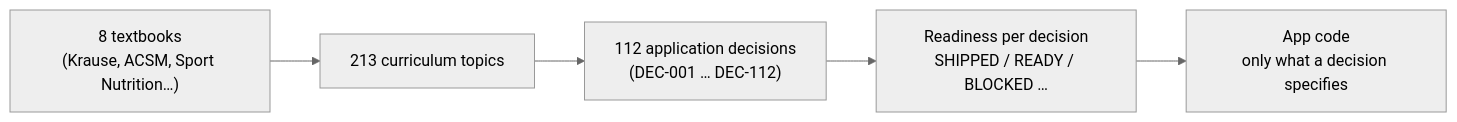
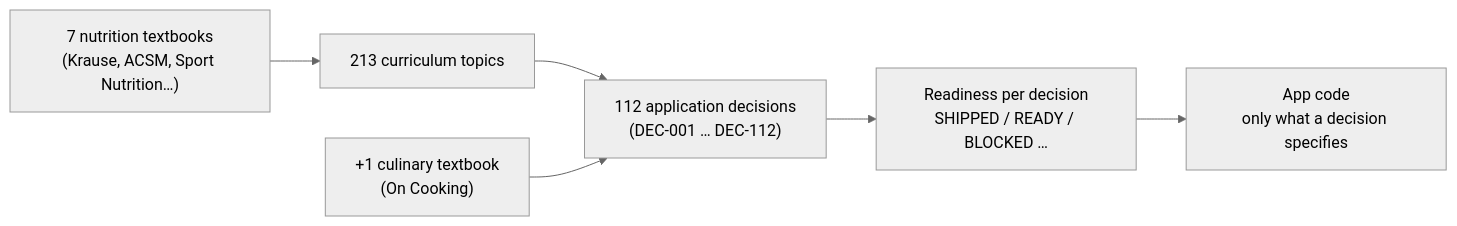
Before and after one commit to ozan-ozel/grocery: the third of 3 diagrams in README.md, drawn with Mermaid (neutral theme). The commit also changed other lines of this file and 49 other files, not shown here.

````diff
--- a/README.md
+++ b/README.md
@@ -191,7 +191,8 @@
 ```mermaid
 flowchart LR
-  B["8 textbooks<br/>(Krause, ACSM, Sport Nutrition…)"] --> T["213 curriculum topics"]
+  B["7 nutrition textbooks<br/>(Krause, ACSM, Sport Nutrition…)"] --> T["213 curriculum topics"]
   T --> D["112 application decisions<br/>(DEC-001 … DEC-112)"]
+  OC["+1 culinary textbook<br/>(On Cooking)"] --> D
   D --> R["Readiness per decision<br/>SHIPPED / READY / BLOCKED …"]
   R --> C["App code<br/>only what a decision specifies"]
 ```
````
